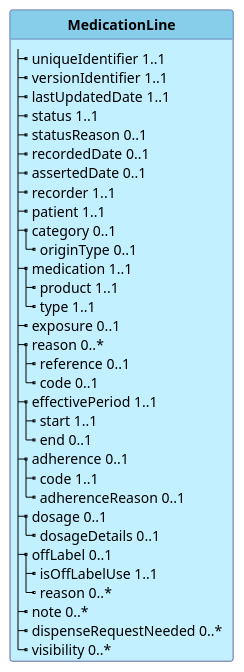
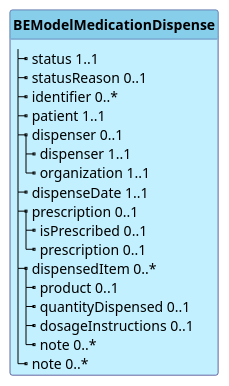
One commit to hl7-be/medication changed the diagram in input/images-source/be-model-medicationdispense.plantuml. Above: the diagram before and after it, drawn with PlantUML. The commit also changed 2 other files, not shown here.

Commit message:
update diagrams to current models

```diff
--- a/input/images-source/be-model-medicationdispense.plantuml
+++ b/input/images-source/be-model-medicationdispense.plantuml
@@ -1,48 +1,32 @@
 @startuml
 skinparam linetype polyline
 hide circle
 hide stereotype
 
 
-skinparam class<<TM>> {
+skinparam class {
  BorderColor #505090
  BackgroundColor APPLICATION
  HeaderBackgroundColor SkyBlue
 }
 
-
-class "**MedicationLine**" as BELMMedicationLine <<TM>>{
-  |_ uniqueIdentifier 1..1   
-  |_ versionIdentifier 1..1   
-  |_ lastUpdatedDate 1..1   
+class "**BEModelMedicationDispense**" as BEModelMedicationDispense {
   |_ status 1..1   
   |_ statusReason 0..1   
-  |_ recordedDate 0..1   
-  |_ assertedDate 0..1   
-  |_ recorder 1..1   
+  |_ identifier 0..*   
   |_ patient 1..1   
-  |_ category 0..1   
-    |_ originType 0..1   
-  |_ medication 1..1   
-    |_ product 1..1   
-    |_ type 1..1   
-  |_ exposure 0..1   
-  |_ reason 0..*   
-    |_ reference 0..1   
-    |_ code 0..1   
-  |_ effectivePeriod 1..1   
-    |_ start 1..1   
-    |_ end 0..1   
-  |_ adherence 0..1   
-    |_ code 1..1   
-    |_ adherenceReason 0..1   
-  |_ dosage 0..1   
-    |_ dosageDetails 0..1   
-  |_ offLabel 0..1   
-    |_ isOffLabelUse 1..1   
-    |_ reason 0..*
+  |_ dispenser 0..1   
+    |_ dispenser 1..1   
+    |_ organization 1..1   
+  |_ dispenseDate 1..1   
+  |_ prescription 0..1   
+    |_ isPrescribed 0..1   
+    |_ prescription 0..1   
+  |_ dispensedItem 0..*   
+    |_ product 0..1   
+    |_ quantityDispensed 0..1   
+    |_ dosageInstructions 0..1   
+    |_ note 0..*   
   |_ note 0..*   
-  |_ dispenseRequestNeeded 0..*   
-  |_ visibility 0..*   
 }
 @enduml
```
